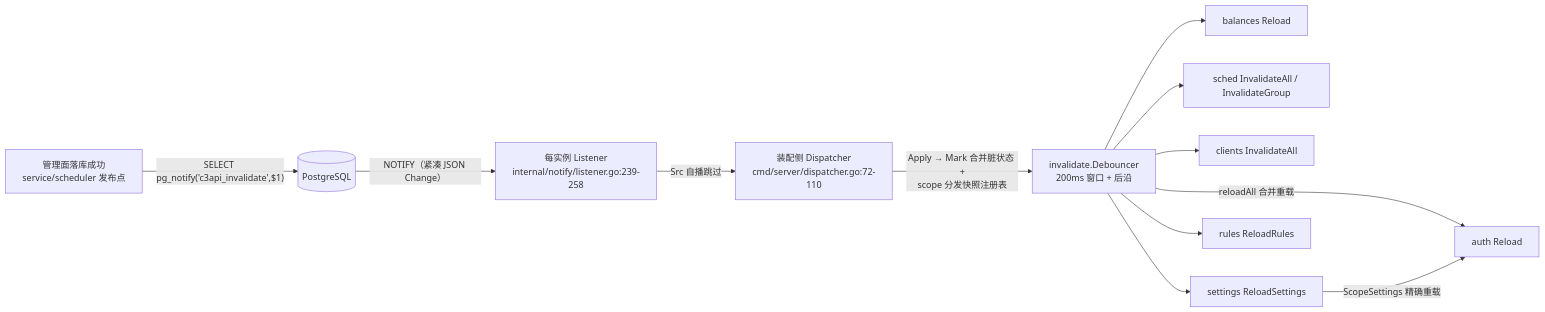
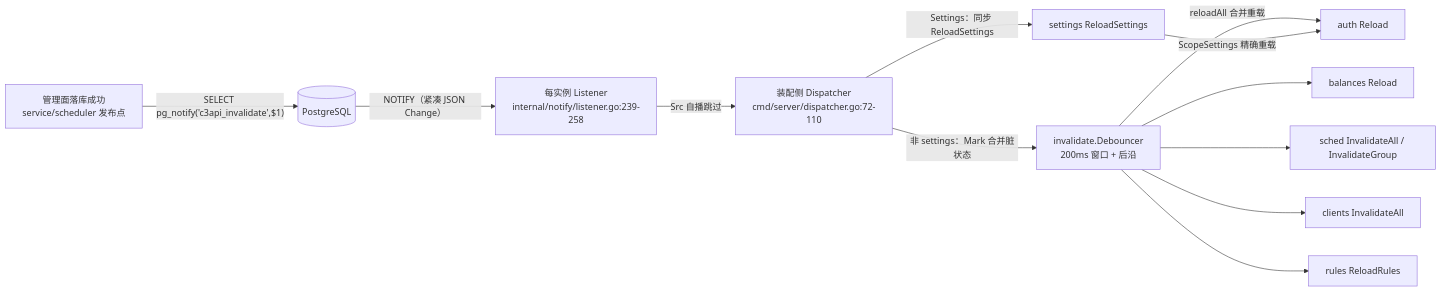
The third of 3 diagrams in docs/architecture-topology.md (is7Qin/c3api), drawn with Mermaid before and after one commit. The commit also changed other lines of this file and 1 other file, not shown here.

First line of the commit message:
docs: align billing and settings topology

````diff
--- a/docs/architecture-topology.md
+++ b/docs/architecture-topology.md
@@ -253,14 +253,14 @@
 ```mermaid
 flowchart LR
     SVC["管理面落库成功<br/>service/scheduler 发布点"] -->|"SELECT pg_notify('c3api_invalidate',$1)"| PG[("PostgreSQL")]
     PG -->|"NOTIFY（紧凑 JSON Change）"| L["每实例 Listener<br/>internal/notify/listener.go:239-258"]
     L -->|"Src 自播跳过"| D["装配侧 Dispatcher<br/>cmd/server/dispatcher.go:72-110"]
-    D -->|"Apply → Mark 合并脏状态 +<br/>scope 分发快照注册表"| INV["invalidate.Debouncer<br/>200ms 窗口 + 后沿"]
+    D -->|"非 settings：Mark 合并脏状态"| INV["invalidate.Debouncer<br/>200ms 窗口 + 后沿"]
+    D -->|"Settings：同步 ReloadSettings"| R5["settings ReloadSettings"]
     INV -->|"reloadAll 合并重载"| R1["auth Reload"]
     INV --> R2["balances Reload"]
     INV --> R3["sched InvalidateAll / InvalidateGroup"]
     INV --> R4["clients InvalidateAll"]
-    INV --> R5["settings ReloadSettings"]
     INV --> R6["rules ReloadRules"]
     R5 -->|"ScopeSettings 精确重载"| R1
 ```
````
